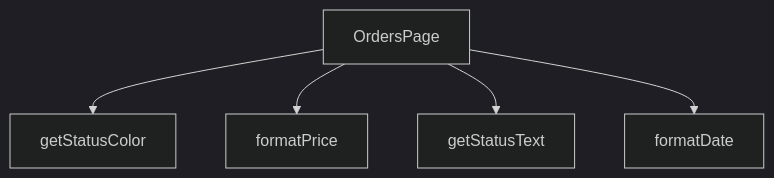
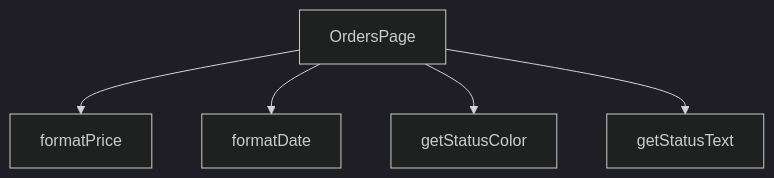
Before and after one commit to peckop/venthub-hvac-esite: the diagram in src/views/OrdersPage.md, drawn with Mermaid (dark theme). The commit also changed other lines of this file and 87 other files, not shown here.

````diff
--- a/src/views/OrdersPage.md
+++ b/src/views/OrdersPage.md
@@ -235,12 +255,12 @@
 ```mermaid
 graph TD
     OrdersPage_tsx__OrdersPage["OrdersPage"]
     OrdersPage_tsx__formatDate["formatDate"]
     OrdersPage_tsx__formatPrice["formatPrice"]
     OrdersPage_tsx__getStatusColor["getStatusColor"]
     OrdersPage_tsx__getStatusText["getStatusText"]
+    OrdersPage_tsx__OrdersPage --> OrdersPage_tsx__formatPrice
+    OrdersPage_tsx__OrdersPage --> OrdersPage_tsx__formatDate
     OrdersPage_tsx__OrdersPage --> OrdersPage_tsx__getStatusColor
-    OrdersPage_tsx__OrdersPage --> OrdersPage_tsx__formatPrice
     OrdersPage_tsx__OrdersPage --> OrdersPage_tsx__getStatusText
-    OrdersPage_tsx__OrdersPage --> OrdersPage_tsx__formatDate
 ```
````
